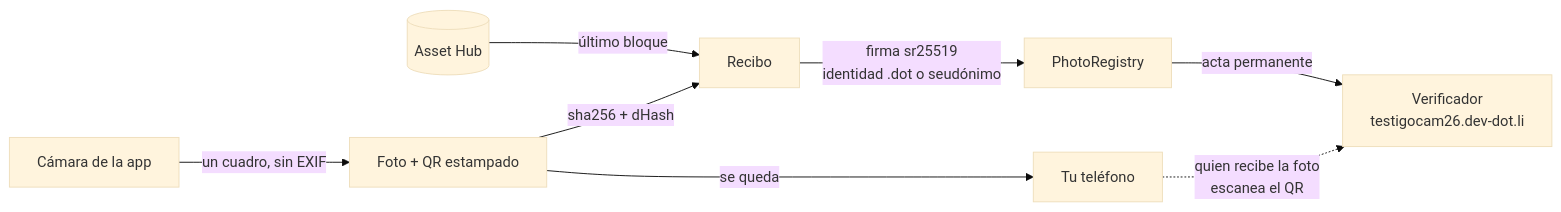
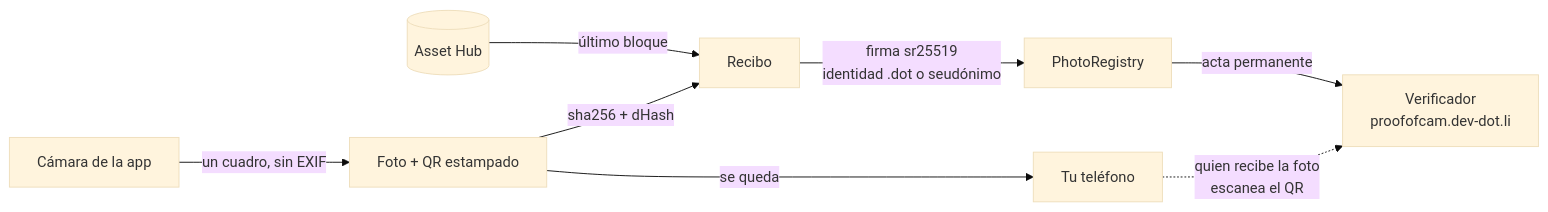
Before and after one commit to w3nerick/proofofcam: the diagram in README.md, drawn with Mermaid (base theme). The commit also changed other lines of this file and 5 other files, not shown here.

First line of the commit message:
Dominio: proofofcam.dot, en la línea de Proof of Talk

````diff
--- a/README.md
+++ b/README.md
@@ -43,10 +43,10 @@
 ```mermaid
 flowchart LR
     C[Cámara de la app] -->|un cuadro, sin EXIF| F[Foto + QR estampado]
     B[(Asset Hub)] -->|último bloque| R
     F -->|sha256 + dHash| R[Recibo]
     R -->|firma sr25519<br/>identidad .dot o seudónimo| S[PhotoRegistry]
     F -->|se queda| T[Tu teléfono]
-    S -->|acta permanente| V[Verificador<br/>testigocam26.dev-dot.li]
+    S -->|acta permanente| V[Verificador<br/>proofofcam.dev-dot.li]
     T -.->|quien recibe la foto<br/>escanea el QR| V
 ```
````
